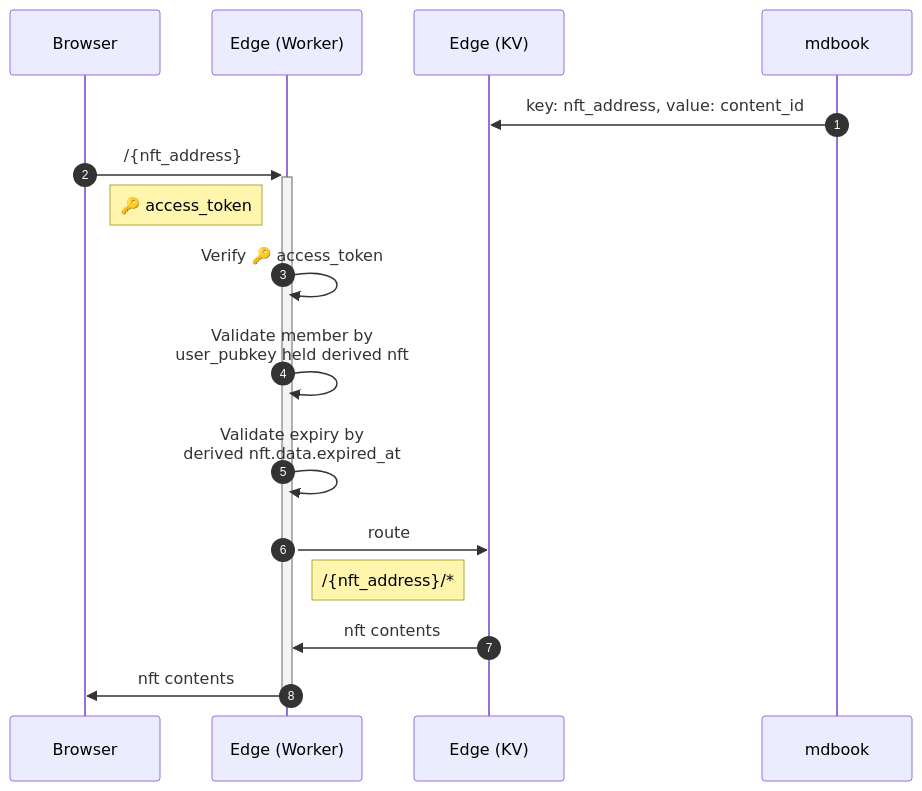
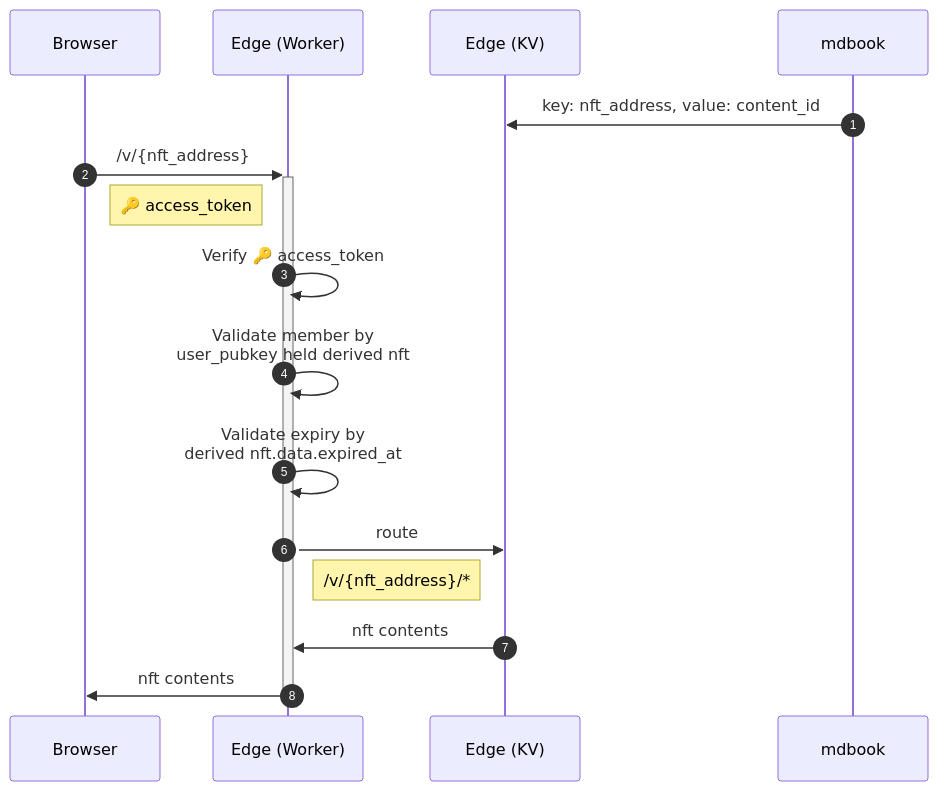
Before and after one commit to gist-rs/book: the fourth of 5 diagrams in src/solana/nft-memberships.md, drawn with Mermaid. The commit also changed other lines of this file, not shown here.

````diff
--- a/src/solana/nft-memberships.md
+++ b/src/solana/nft-memberships.md
@@ -64,18 +68,18 @@
 ```mermaid
 sequenceDiagram
   autonumber
   participant browser as Browser
   participant edge as Edge (Worker)
   participant cf_kv as Edge (KV)
   participant mdbook as mdbook
   mdbook->>cf_kv: key: nft_address, value: content_id
-  browser->>+edge: /{nft_address}
+  browser->>+edge: /v/{nft_address}
   Note right of browser: 🔑 access_token
   edge->>edge: Verify 🔑 access_token
   edge->>edge: Validate member by<br>user_pubkey held derived nft
   edge->>edge: Validate expiry by<br>derived nft.data.expired_at
   edge->>cf_kv: route
-  Note right of edge: /{nft_address}/*
+  Note right of edge: /v/{nft_address}/*
   cf_kv->>edge: nft contents
   edge->>-browser: nft contents
 ```
````
